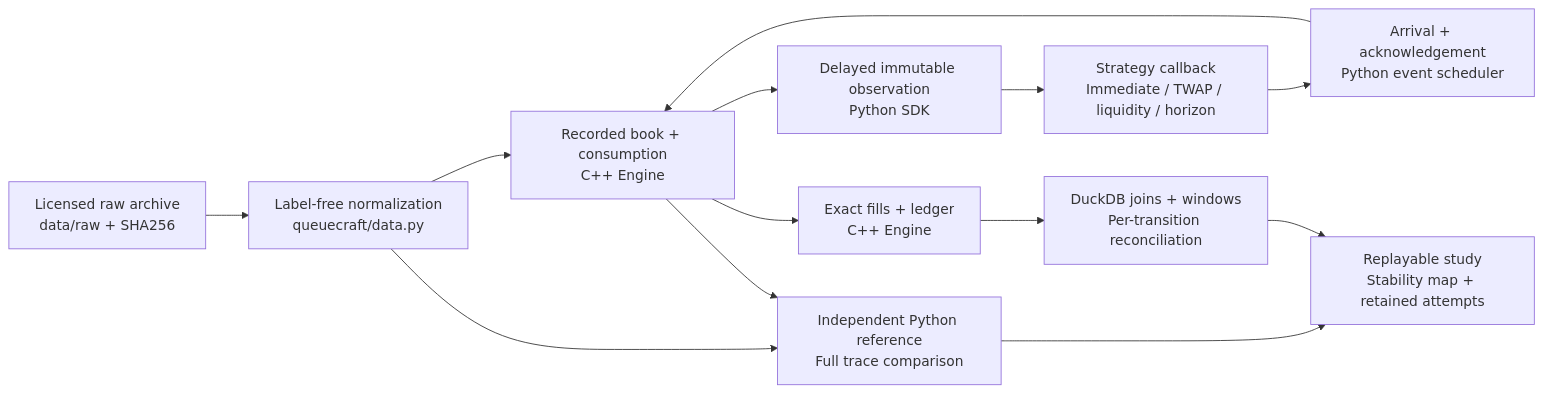
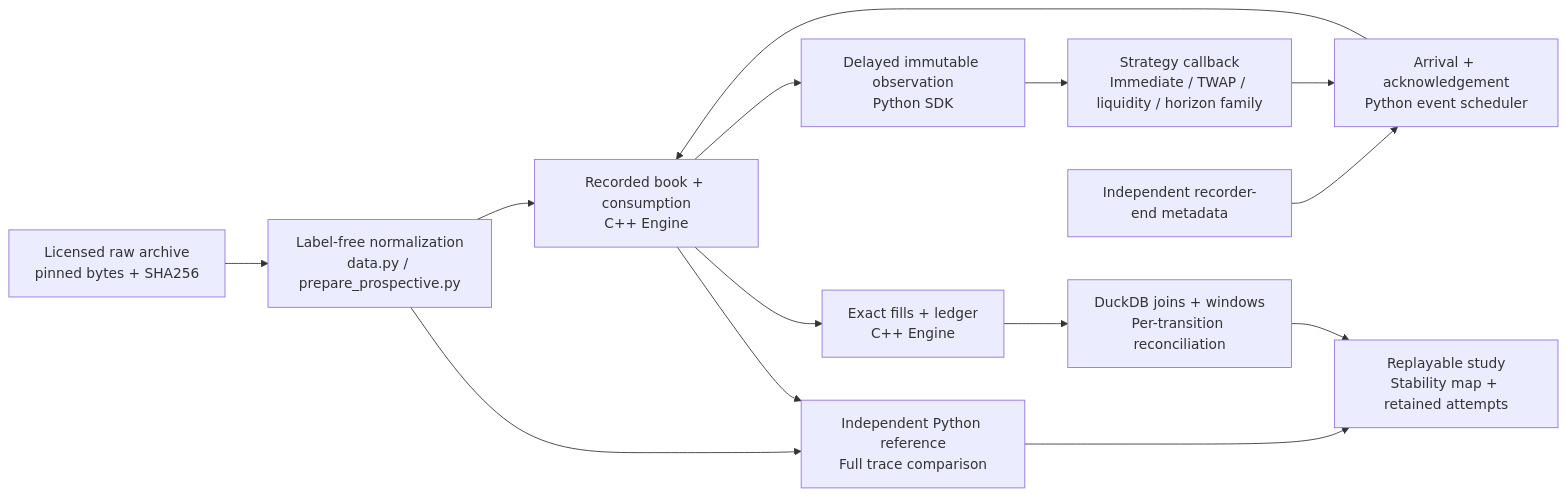
One commit to nazeeh111/QueueCraft changed the diagram in docs/architecture.mmd. Above: the diagram before and after it, drawn with Mermaid. The commit also changed 87 other files, not shown here.

```diff
--- a/docs/architecture.mmd
+++ b/docs/architecture.mmd
@@ -1,13 +1,14 @@
 flowchart LR
-  R["Licensed raw archive\ndata/raw + SHA256"] --> N["Label-free normalization\nqueuecraft/data.py"]
+  R["Licensed raw archive\npinned bytes + SHA256"] --> N["Label-free normalization\ndata.py / prepare_prospective.py"]
   N --> B["Recorded book + consumption\nC++ Engine"]
   B --> O["Delayed immutable observation\nPython SDK"]
-  O --> P["Strategy callback\nImmediate / TWAP / liquidity / horizon"]
+  T["Independent recorder-end metadata"] --> A
+  O --> P["Strategy callback\nImmediate / TWAP / liquidity / horizon family"]
   P --> A["Arrival + acknowledgement\nPython event scheduler"]
   A --> B
   B --> L["Exact fills + ledger\nC++ Engine"]
   N --> V["Independent Python reference\nFull trace comparison"]
   B --> V
   L --> S["DuckDB joins + windows\nPer-transition reconciliation"]
   V --> E["Replayable study\nStability map + retained attempts"]
   S --> E
```
